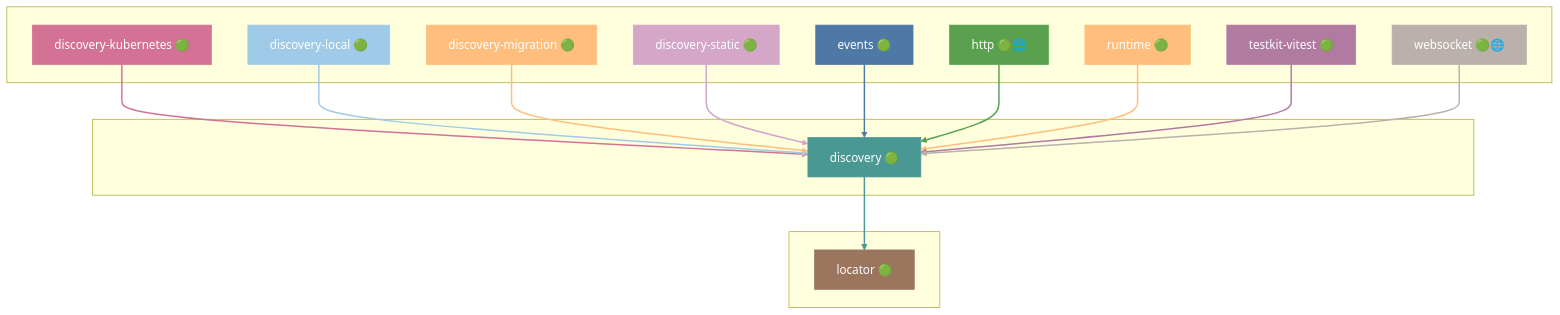
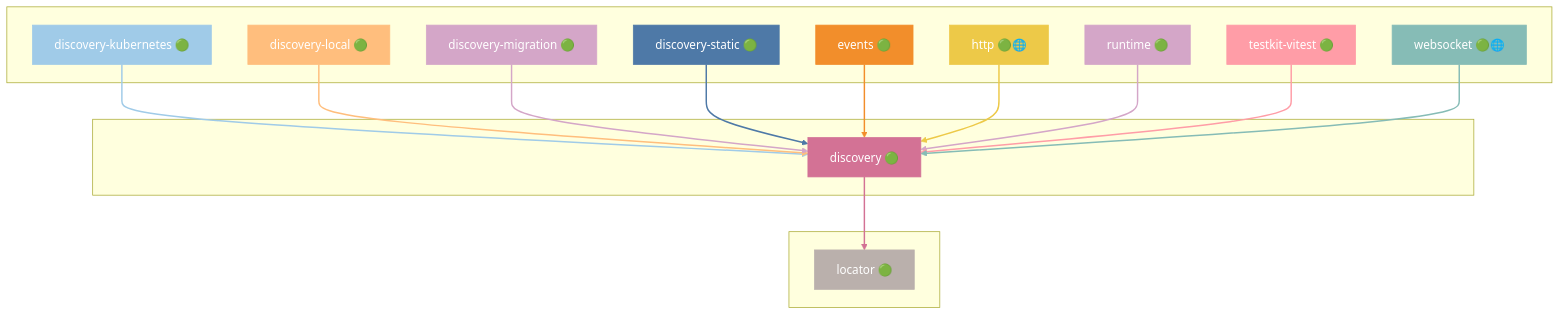
One commit to grest-ts/grest-ts changed diagram 16 of 48 in docs/DEPENDENCIES.md. Above: the diagram before and after it, drawn with Mermaid. The commit also changed other lines of this file and 62 other files, not shown here.

````diff
--- a/docs/DEPENDENCIES.md
+++ b/docs/DEPENDENCIES.md
@@ -919,51 +959,51 @@
 ```mermaid
 flowchart TB
     subgraph Dependents[" "]
         discovery-kubernetes["discovery-kubernetes 🟢"]
         discovery-local["discovery-local 🟢"]
         discovery-migration["discovery-migration 🟢"]
         discovery-static["discovery-static 🟢"]
         events["events 🟢"]
         http["http 🟢🌐"]
         runtime["runtime 🟢"]
         testkit-vitest["testkit-vitest 🟢"]
         websocket["websocket 🟢🌐"]
     end
     subgraph Package[" "]
         discovery["discovery 🟢"]
     end
     subgraph Dependencies[" "]
         locator["locator 🟢"]
     end
     discovery-kubernetes --> discovery
     discovery-local --> discovery
     discovery-migration --> discovery
     discovery-static --> discovery
     events --> discovery
     http --> discovery
     runtime --> discovery
     testkit-vitest --> discovery
     websocket --> discovery
     discovery --> locator
-    style discovery fill:#499894,stroke:#499894,color:#fff
-    style discovery-kubernetes fill:#D37295,stroke:#D37295,color:#fff
-    style discovery-local fill:#A0CBE8,stroke:#A0CBE8,color:#fff
-    style discovery-migration fill:#FFBE7D,stroke:#FFBE7D,color:#fff
-    style discovery-static fill:#D4A6C8,stroke:#D4A6C8,color:#fff
-    style events fill:#4E79A7,stroke:#4E79A7,color:#fff
-    style http fill:#59A14F,stroke:#59A14F,color:#fff
-    style runtime fill:#FFBE7D,stroke:#FFBE7D,color:#fff
-    style testkit-vitest fill:#B07AA1,stroke:#B07AA1,color:#fff
-    style websocket fill:#BAB0AC,stroke:#BAB0AC,color:#fff
-    style locator fill:#9C755F,stroke:#9C755F,color:#fff
-    linkStyle 0 stroke:#D37295,stroke-width:2px
-    linkStyle 1 stroke:#A0CBE8,stroke-width:2px
-    linkStyle 2 stroke:#FFBE7D,stroke-width:2px
-    linkStyle 3 stroke:#D4A6C8,stroke-width:2px
-    linkStyle 4 stroke:#4E79A7,stroke-width:2px
-    linkStyle 5 stroke:#59A14F,stroke-width:2px
-    linkStyle 6 stroke:#FFBE7D,stroke-width:2px
-    linkStyle 7 stroke:#B07AA1,stroke-width:2px
-    linkStyle 8 stroke:#BAB0AC,stroke-width:2px
-    linkStyle 9 stroke:#499894,stroke-width:2px
+    style discovery fill:#D37295,stroke:#D37295,color:#fff
+    style discovery-kubernetes fill:#A0CBE8,stroke:#A0CBE8,color:#fff
+    style discovery-local fill:#FFBE7D,stroke:#FFBE7D,color:#fff
+    style discovery-migration fill:#D4A6C8,stroke:#D4A6C8,color:#fff
+    style discovery-static fill:#4E79A7,stroke:#4E79A7,color:#fff
+    style events fill:#F28E2B,stroke:#F28E2B,color:#fff
+    style http fill:#EDC948,stroke:#EDC948,color:#fff
+    style runtime fill:#D4A6C8,stroke:#D4A6C8,color:#fff
+    style testkit-vitest fill:#FF9DA7,stroke:#FF9DA7,color:#fff
+    style websocket fill:#86BCB6,stroke:#86BCB6,color:#fff
+    style locator fill:#BAB0AC,stroke:#BAB0AC,color:#fff
+    linkStyle 0 stroke:#A0CBE8,stroke-width:2px
+    linkStyle 1 stroke:#FFBE7D,stroke-width:2px
+    linkStyle 2 stroke:#D4A6C8,stroke-width:2px
+    linkStyle 3 stroke:#4E79A7,stroke-width:2px
+    linkStyle 4 stroke:#F28E2B,stroke-width:2px
+    linkStyle 5 stroke:#EDC948,stroke-width:2px
+    linkStyle 6 stroke:#D4A6C8,stroke-width:2px
+    linkStyle 7 stroke:#FF9DA7,stroke-width:2px
+    linkStyle 8 stroke:#86BCB6,stroke-width:2px
+    linkStyle 9 stroke:#D37295,stroke-width:2px
 ```
````
